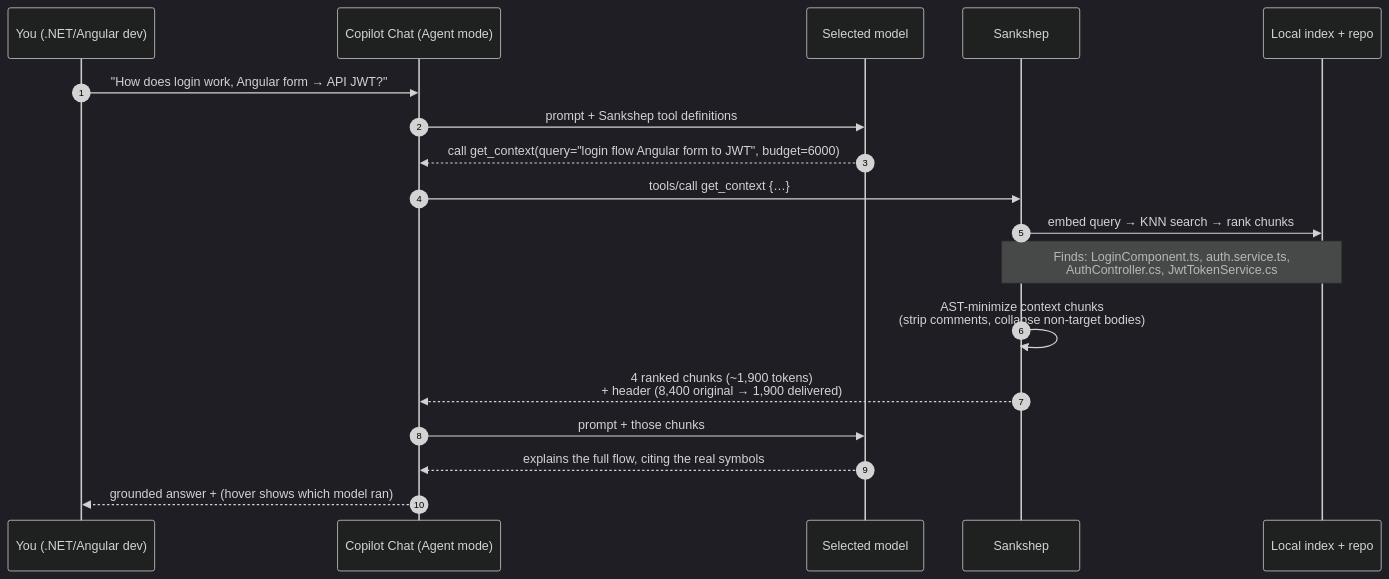
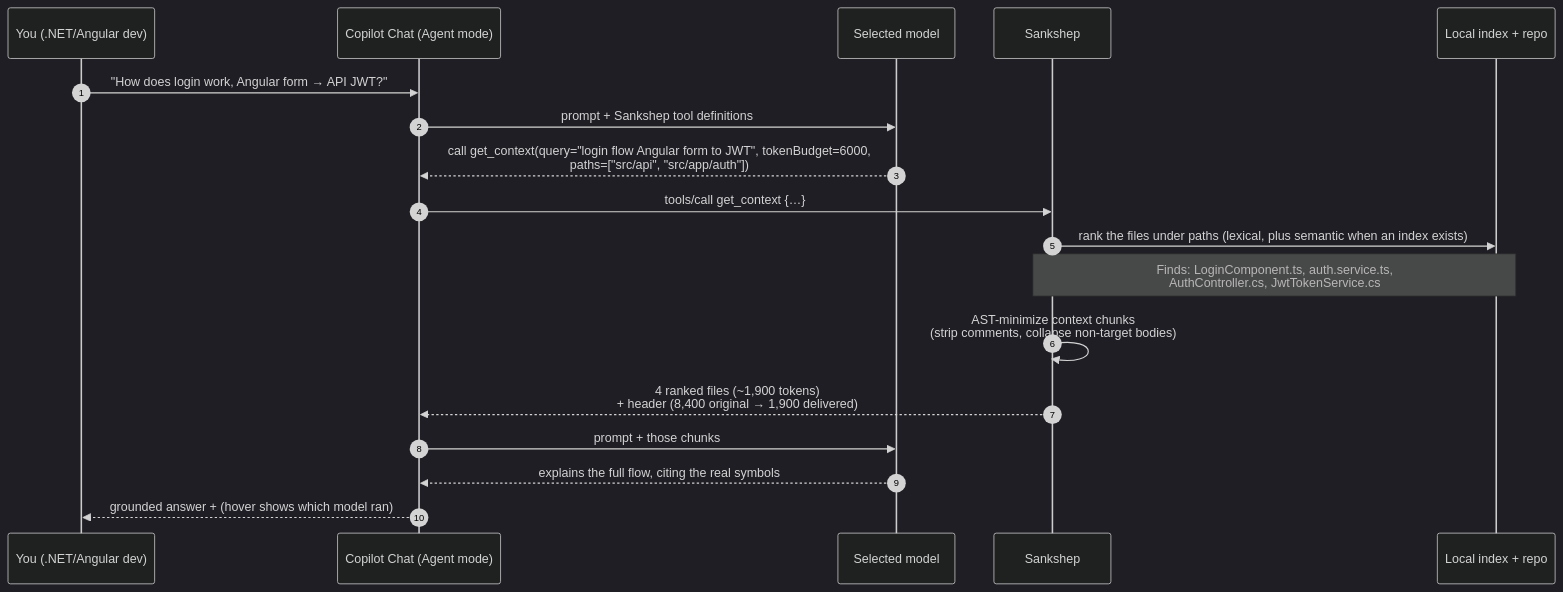
Before and after one commit to nitinpawar28/sankshep-docs: the sixth of 7 diagrams in docs/how-it-works.md, drawn with Mermaid (dark theme). The commit also changed other lines of this file and 8 other files, not shown here.

````diff
--- a/docs/how-it-works.md
+++ b/docs/how-it-works.md
@@ -216,21 +216,21 @@
 ```mermaid
 sequenceDiagram
     autonumber
     participant Dev as You (.NET/Angular dev)
     participant Cop as Copilot Chat (Agent mode)
     participant Mdl as Selected model
     participant San as Sankshep
     participant Idx as Local index + repo
 
     Dev->>Cop: "How does login work, Angular form → API JWT?"
     Cop->>Mdl: prompt + Sankshep tool definitions
-    Mdl-->>Cop: call get_context(query="login flow Angular form to JWT", budget=6000)
+    Mdl-->>Cop: call get_context(query="login flow Angular form to JWT", tokenBudget=6000,<br/>paths=["src/api", "src/app/auth"])
     Cop->>San: tools/call get_context {…}
-    San->>Idx: embed query → KNN search → rank chunks
+    San->>Idx: rank the files under paths (lexical, plus semantic when an index exists)
     Note over San,Idx: Finds: LoginComponent.ts, auth.service.ts,<br/>AuthController.cs, JwtTokenService.cs
     San->>San: AST-minimize context chunks<br/>(strip comments, collapse non-target bodies)
-    San-->>Cop: 4 ranked chunks (~1,900 tokens)<br/>+ header (8,400 original → 1,900 delivered)
+    San-->>Cop: 4 ranked files (~1,900 tokens)<br/>+ header (8,400 original → 1,900 delivered)
     Cop->>Mdl: prompt + those chunks
     Mdl-->>Cop: explains the full flow, citing the real symbols
     Cop-->>Dev: grounded answer + (hover shows which model ran)
 ```
````
